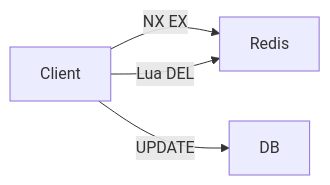
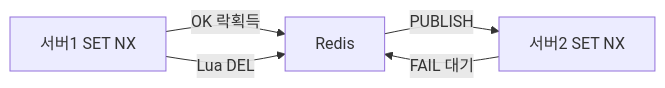
Before and after one commit to yjkim2015/yjkim2015.github.io: the first of 4 diagrams in _posts/redis/2026-05-01-redis-distributed-lock.md, drawn with Mermaid. The commit also changed other lines of this file and 4 other files, not shown here.

````diff
--- a/_posts/redis/2026-05-01-redis-distributed-lock.md
+++ b/_posts/redis/2026-05-01-redis-distributed-lock.md
@@ -61,6 +31,7 @@
 ```mermaid
 graph LR
-    C["Client"] -->|NX EX| R["Redis"]
-    C -->|UPDATE| DB["DB"]
-    C -->|Lua DEL| R
+    S1["서버1 SET NX"] -->|OK 락획득| R["Redis"]
+    S2["서버2 SET NX"] -->|FAIL 대기| R
+    S1 -->|Lua DEL| R
+    R -->|PUBLISH| S2
 ```
````
